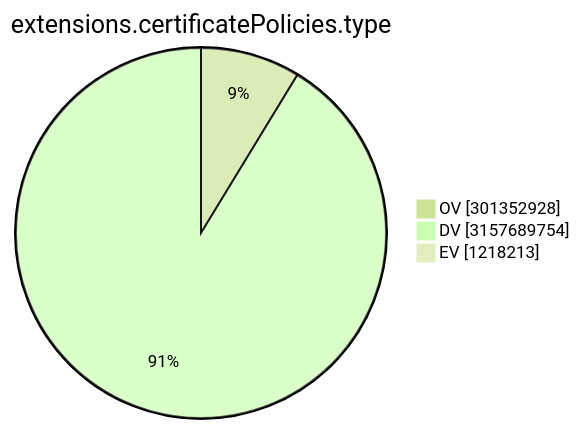
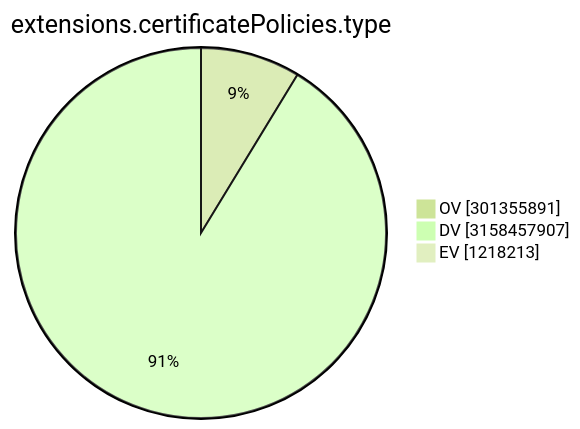
The ninth of 15 diagrams in TOTAL/README.md (christiankrug/ctmonitor_visualization), drawn with Mermaid (forest theme) before and after one commit. The commit also changed other lines of this file, not shown here.

````diff
--- a/TOTAL/README.md
+++ b/TOTAL/README.md
@@ -3105,7 +3105,7 @@
 ```mermaid
 pie showData
 title extensions.certificatePolicies.type
-"OV" :301352928
-"DV" :3157689754
+"OV" :301355891
+"DV" :3158457907
 "EV" :1218213
 ```
````
